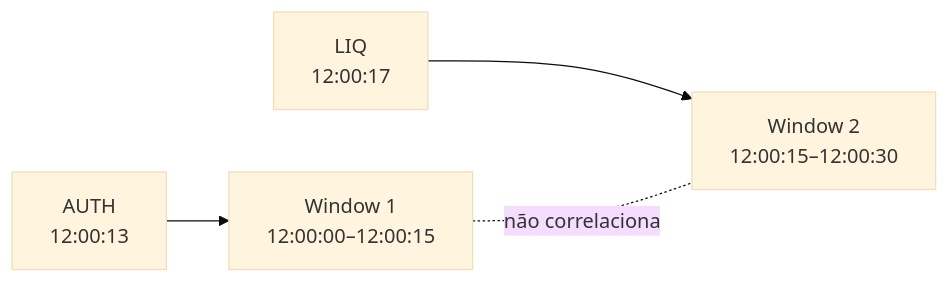
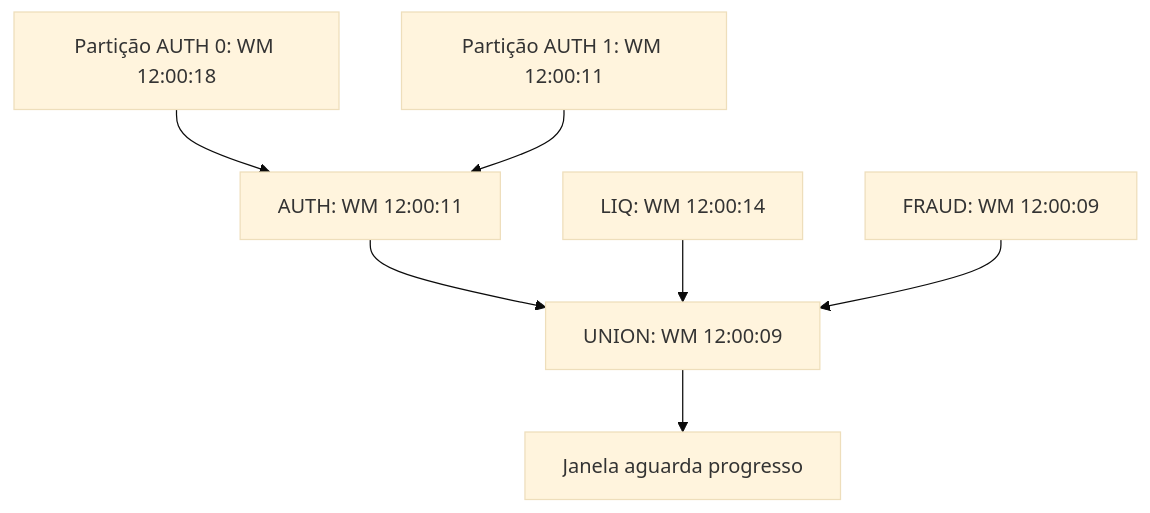
Before and after one commit to murilohenzo/kafka-flink-lab: the second of 8 diagrams in README.md, drawn with Mermaid (base theme). The commit also changed other lines of this file and 7 other files, not shown here.

````diff
--- a/README.md
+++ b/README.md
@@ -560,11 +767,9 @@
 ```mermaid
-flowchart LR
-    AUTH["AUTH<br/>12:00:13"]
-    W1["Window 1<br/>12:00:00–12:00:15"]
-    LIQ["LIQ<br/>12:00:17"]
-    W2["Window 2<br/>12:00:15–12:00:30"]
-
-    AUTH --> W1
-    LIQ --> W2
-    W1 -. "não correlaciona" .- W2
+flowchart TD
+    P0["Partição AUTH 0: WM 12:00:18"] --> A["AUTH: WM 12:00:11"]
+    P1["Partição AUTH 1: WM 12:00:11"] --> A
+    A --> U["UNION: WM 12:00:09"]
+    L["LIQ: WM 12:00:14"] --> U
+    F["FRAUD: WM 12:00:09"] --> U
+    U --> W["Janela aguarda progresso"]
 ```
````
